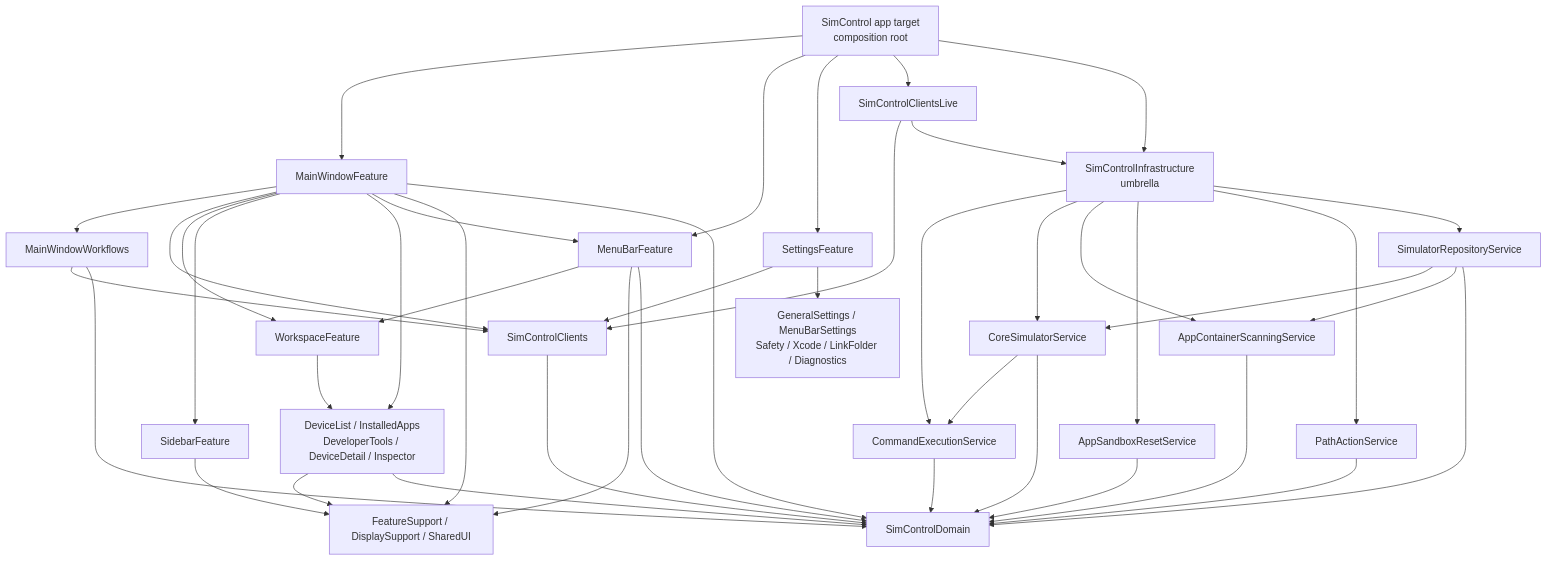
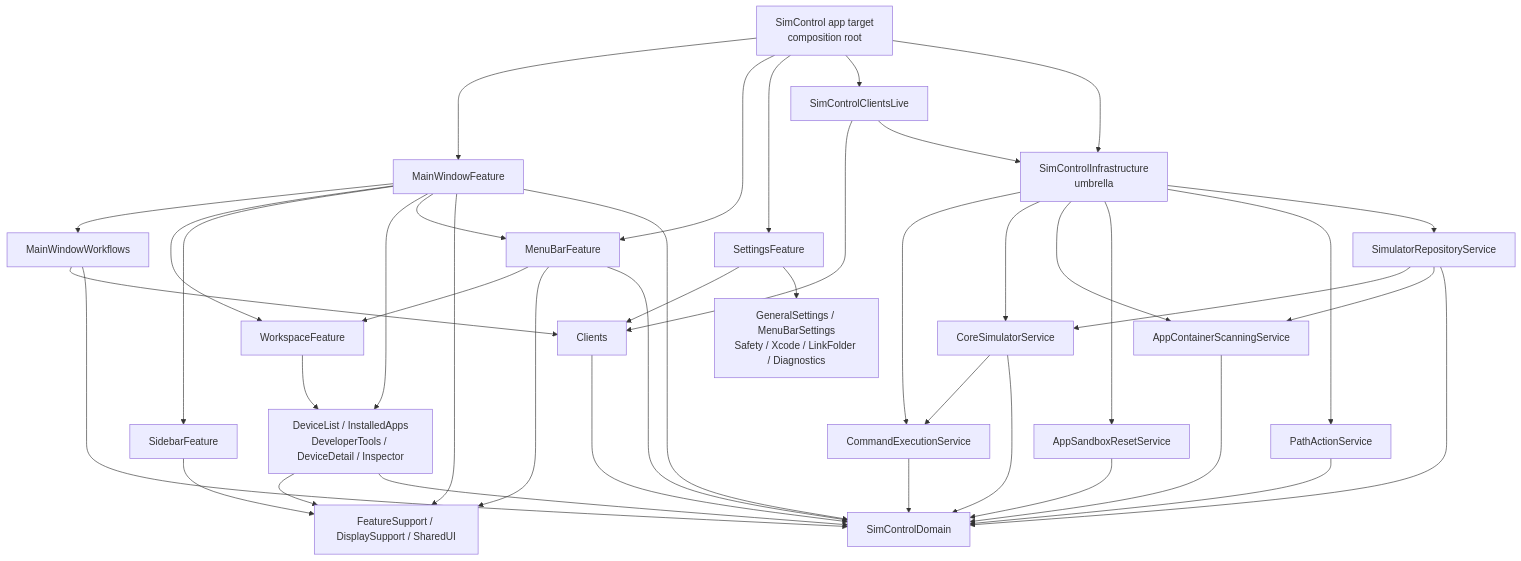
The diagram in docs/architecture/isowords-inspired-modularization.md (Jaesung-Jung/XcodeSimulatorManager), drawn with Mermaid before and after one commit. The commit also changed other lines of this file, not shown here.

Commit message:
docs: update modularization architecture status

````diff
--- a/docs/architecture/isowords-inspired-modularization.md
+++ b/docs/architecture/isowords-inspired-modularization.md
@@ -89,52 +89,51 @@
 ```mermaid
 flowchart TB
   App["SimControl app target\ncomposition root"] --> MainWindowFeature
   App --> MenuBarFeature
   App --> SettingsFeature
   App --> ClientsLive["SimControlClientsLive"]
   App --> Infra["SimControlInfrastructure\numbrella"]
 
   MainWindowFeature --> Workflows["MainWindowWorkflows"]
-  MainWindowFeature --> Clients["SimControlClients"]
   MainWindowFeature --> WorkspaceFeature
   MainWindowFeature --> SidebarFeature
   MainWindowFeature --> LeafFeatures["DeviceList / InstalledApps\nDeveloperTools / DeviceDetail / Inspector"]
   MainWindowFeature --> MenuBarFeature
   MainWindowFeature --> Support["FeatureSupport / DisplaySupport / SharedUI"]
   MainWindowFeature --> Domain["SimControlDomain"]
 
   MenuBarFeature --> WorkspaceFeature
   MenuBarFeature --> Support
   MenuBarFeature --> Domain
 
   SettingsFeature --> Clients
   SettingsFeature --> SettingsLeafFeatures["GeneralSettings / MenuBarSettings\nSafety / Xcode / LinkFolder / Diagnostics"]
 
   WorkspaceFeature --> LeafFeatures
   SidebarFeature --> Support
   LeafFeatures --> Support
   LeafFeatures --> Domain
   Workflows --> Clients
   Workflows --> Domain
 
   ClientsLive --> Clients
   ClientsLive --> Infra
   Clients --> Domain
 
   Infra --> CommandExecutionService
   Infra --> CoreSimulatorService
   Infra --> AppContainerScanningService
   Infra --> AppSandboxResetService
   Infra --> PathActionService
   Infra --> SimulatorRepositoryService
 
   SimulatorRepositoryService --> CoreSimulatorService
   SimulatorRepositoryService --> AppContainerScanningService
   CoreSimulatorService --> CommandExecutionService
   CommandExecutionService --> Domain
   CoreSimulatorService --> Domain
   AppContainerScanningService --> Domain
   AppSandboxResetService --> Domain
   PathActionService --> Domain
   SimulatorRepositoryService --> Domain
 ```
````
